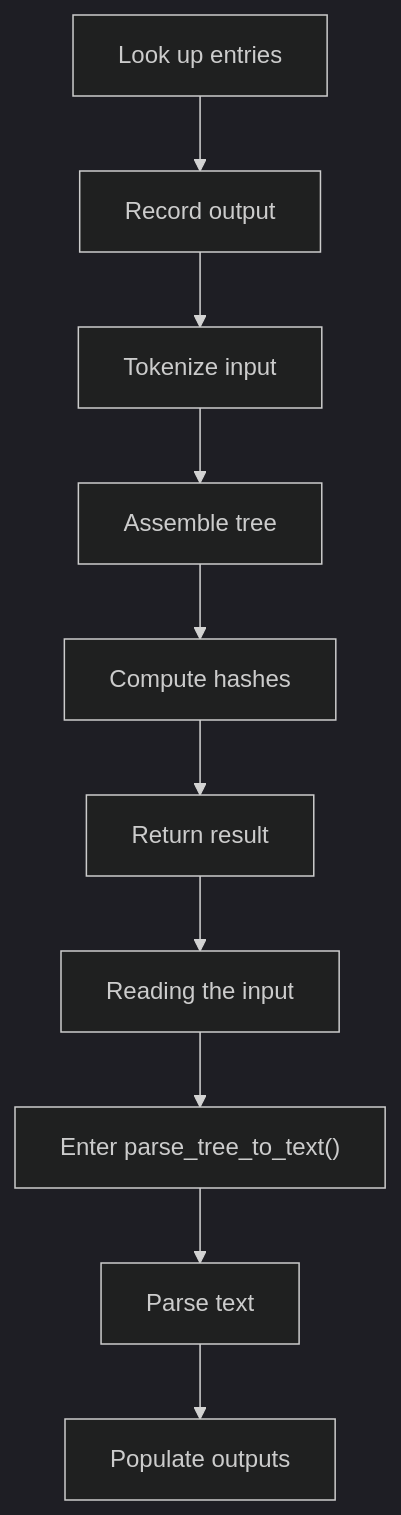
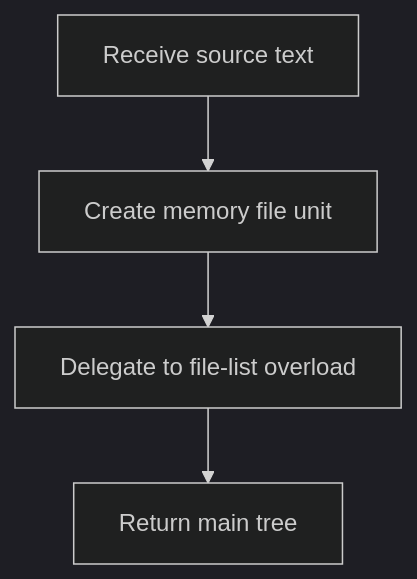
The second of 9 diagrams in docs/Codebase/Microservice/Modules/Source/Trees/ClassGeneration/Actual/core.cpp.md (JohnAndrewBalbarosa/NeoTerritory), drawn with Mermaid (dark theme) before and after one commit. The commit also changed other lines of this file and 915 other files, not shown here.

````diff
--- a/docs/Codebase/Microservice/Modules/Source/Trees/ClassGeneration/Actual/core.cpp.md
+++ b/docs/Codebase/Microservice/Modules/Source/Trees/ClassGeneration/Actual/core.cpp.md
@@ -65,22 +42,8 @@
 ```mermaid
 flowchart TD
-    N0["Look up entries"]
-    N1["Record output"]
-    N2["Tokenize input"]
-    N3["Assemble tree"]
-    N4["Compute hashes"]
-    N5["Return result"]
-    N6["Reading the input"]
-    N7["Enter parse_tree_to_text()"]
-    N8["Parse text"]
-    N9["Populate outputs"]
-    N0 --> N1
-    N1 --> N2
-    N2 --> N3
-    N3 --> N4
-    N4 --> N5
-    N5 --> N6
-    N6 --> N7
-    N7 --> N8
-    N8 --> N9
+    N0["Receive source text"]
+    N1["Create memory file unit"]
+    N2["Delegate to file-list overload"]
+    N3["Return main tree"]
+    N0 --> N1 --> N2 --> N3
 ```
````
